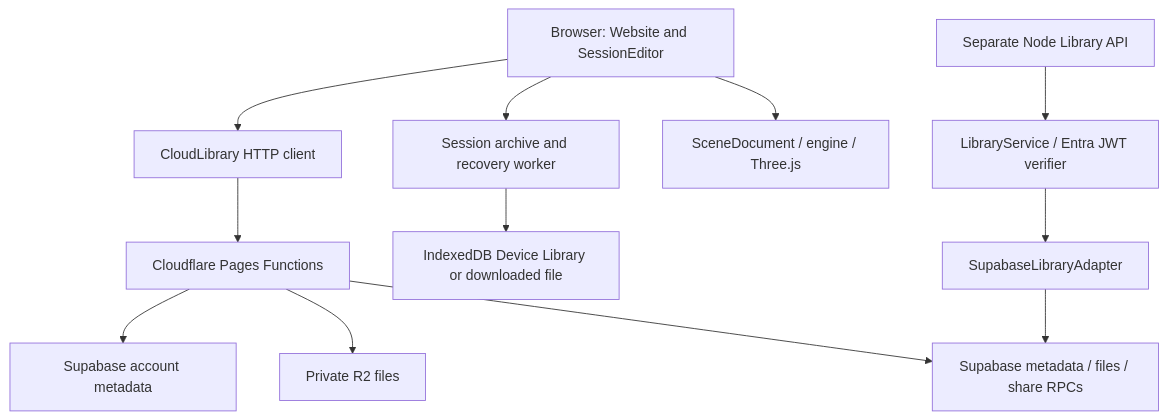
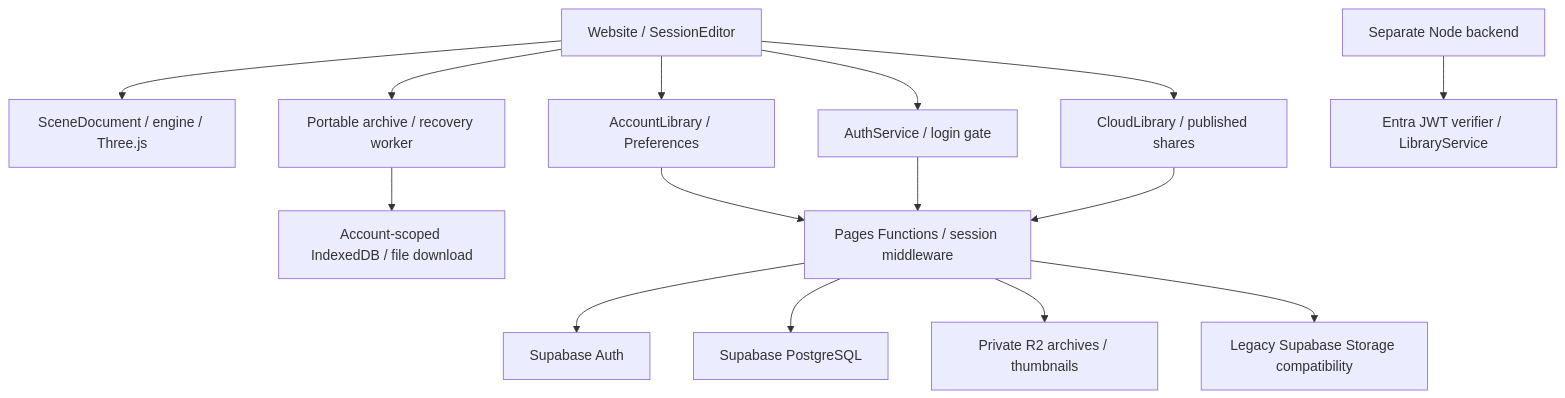
The diagram in docs/agent-project-overview.md (yuttana858/Auto3D), drawn with Mermaid before and after one commit. The commit also changed other lines of this file and 23 other files, not shown here.

Commit message:
Consolidate Auto3D 0.27.1 preferences, recovery and release verification

````diff
--- a/docs/agent-project-overview.md
+++ b/docs/agent-project-overview.md
@@ -23,14 +15,17 @@
 ```mermaid
 flowchart TD
-    UI[Browser: Website and SessionEditor] --> Scene[SceneDocument / engine / Three.js]
-    UI --> Archive[Session archive and recovery worker]
-    Archive --> Local[IndexedDB Device Library or downloaded file]
-    UI --> Client[CloudLibrary HTTP client]
-    Client --> Pages[Cloudflare Pages Functions]
-    Pages --> Existing[Supabase metadata / files / share RPCs]
-    Alternate[Separate Node Library API] --> Service[LibraryService / Entra JWT verifier]
-    Service --> Adapter[SupabaseLibraryAdapter]
-    Adapter --> Existing
-    Pages --> R2[Private R2 files]
-    Pages --> Metadata[Supabase account metadata]
+    UI[Website / SessionEditor] --> Scene[SceneDocument / engine / Three.js]
+    UI --> Archive[Portable archive / recovery worker]
+    Archive --> Local[Account-scoped IndexedDB / file download]
+    UI --> Auth[AuthService / login gate]
+    UI --> Personal[AccountLibrary / Preferences]
+    Personal --> Pages[Pages Functions / session middleware]
+    Auth --> Pages
+    Pages --> Identity[Supabase Auth]
+    Pages --> Metadata[Supabase PostgreSQL]
+    Pages --> R2[Private R2 archives / thumbnails]
+    UI --> Legacy[CloudLibrary / published shares]
+    Legacy --> Pages
+    Pages --> Compat[Legacy Supabase Storage compatibility]
+    Alternate[Separate Node backend] --> Entra[Entra JWT verifier / LibraryService]
 ```
````
